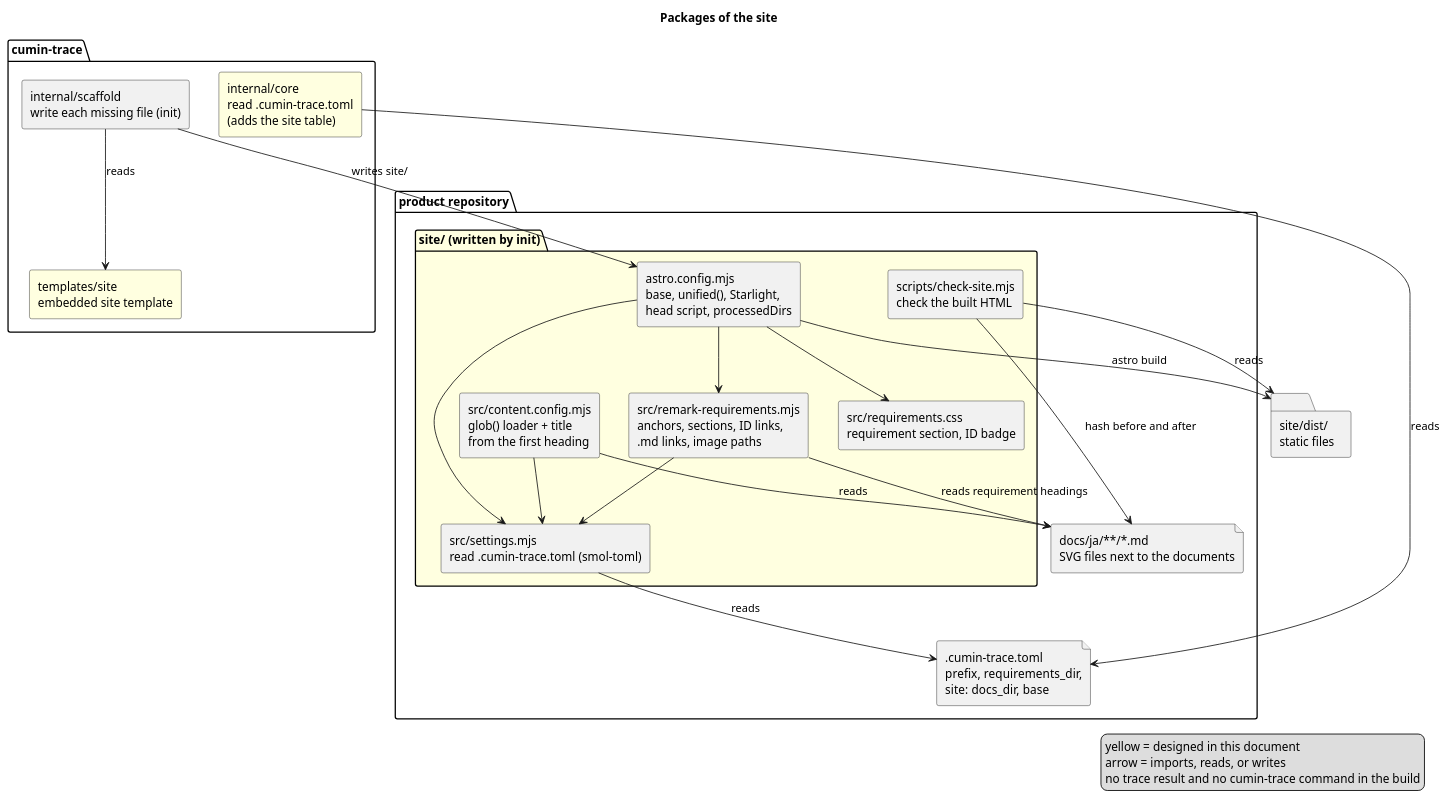
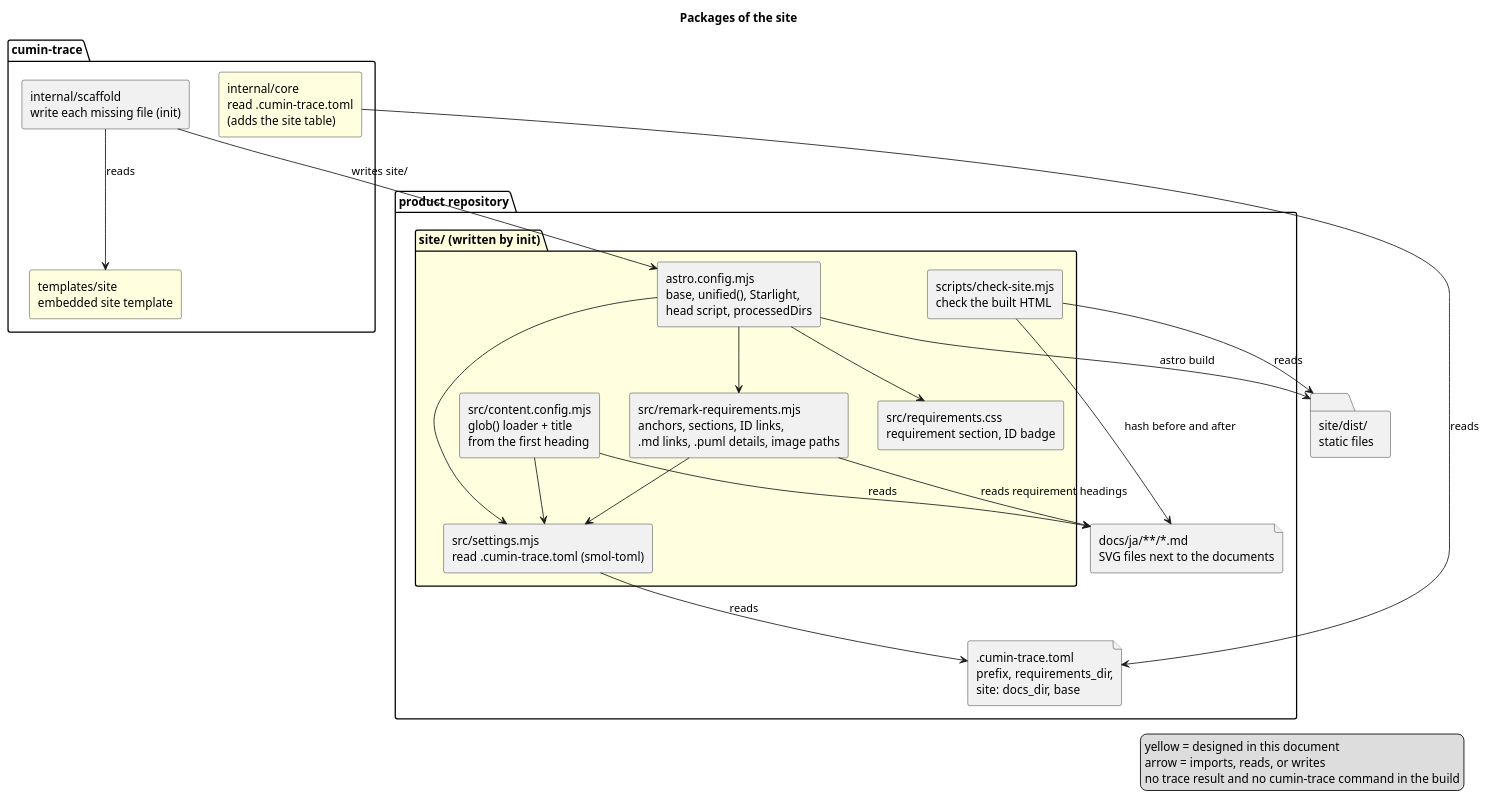
Before and after one commit to cloveclovedev/cumin-trace: the diagram in docs/ja/designs/site/site-packages.puml, drawn with PlantUML. The commit also changed 8 other files, not shown here.

```diff
--- a/docs/ja/designs/site/site-packages.puml
+++ b/docs/ja/designs/site/site-packages.puml
@@ -1,47 +1,47 @@
 @startuml site-packages
 title Packages of the site
 skinparam shadowing false
 skinparam componentStyle rectangle
 
 package "cumin-trace" {
   [internal/scaffold\nwrite each missing file (init)] as scaffold
   [internal/core\nread .cumin-trace.toml\n(adds the site table)] as core #LightYellow
   [templates/site\nembedded site template] as tsite #LightYellow
 }
 
 package "product repository" {
   file ".cumin-trace.toml\nprefix, requirements_dir,\nsite: docs_dir, base" as toml
   file "docs/ja/**/*.md\nSVG files next to the documents" as docs
   package "site/ (written by init)" #LightYellow {
     [astro.config.mjs\nbase, unified(), Starlight,\nhead script, processedDirs] as config
     [src/settings.mjs\nread .cumin-trace.toml (smol-toml)] as settings
     [src/content.config.mjs\nglob() loader + title\nfrom the first heading] as loader
-    [src/remark-requirements.mjs\nanchors, sections, ID links,\n.md links, image paths] as remark
+    [src/remark-requirements.mjs\nanchors, sections, ID links,\n.md links, .puml details, image paths] as remark
     [src/requirements.css\nrequirement section, ID badge] as css
     [scripts/check-site.mjs\ncheck the built HTML] as check
   }
 }
 
 folder "site/dist/\nstatic files" as dist
 
 scaffold --> tsite : reads
 scaffold --> config : writes site/
 core --> toml : reads
 config --> settings
 config --> remark
 config --> css
 loader --> settings
 remark --> settings
 settings --> toml : reads
 loader --> docs : reads
 remark --> docs : reads requirement headings
 config --> dist : astro build
 check --> dist : reads
 check --> docs : hash before and after
 
 legend right
   yellow = designed in this document
   arrow = imports, reads, or writes
   no trace result and no cumin-trace command in the build
 endlegend
 @enduml
```
